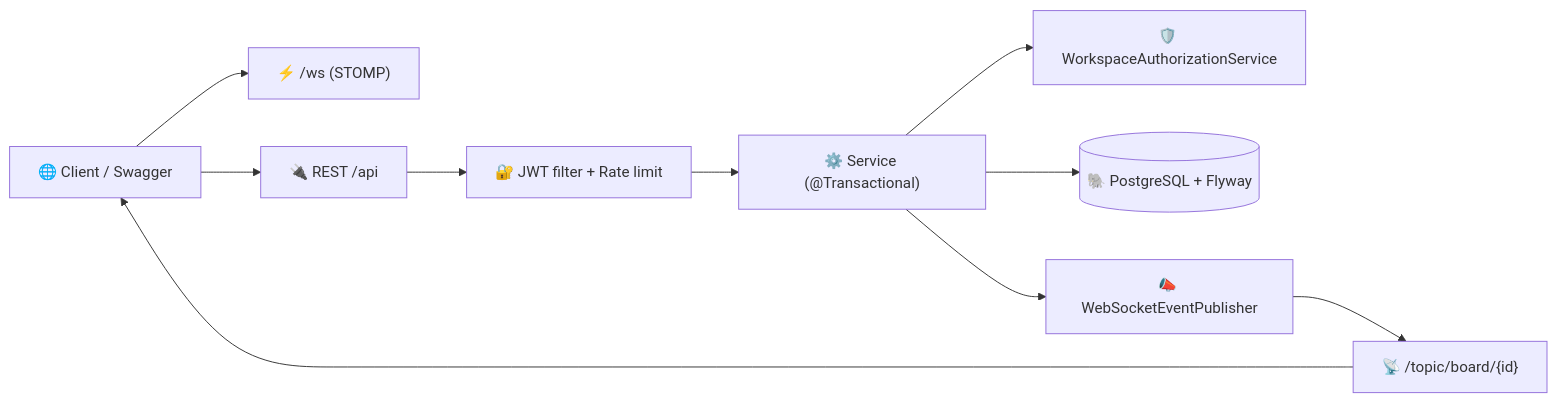
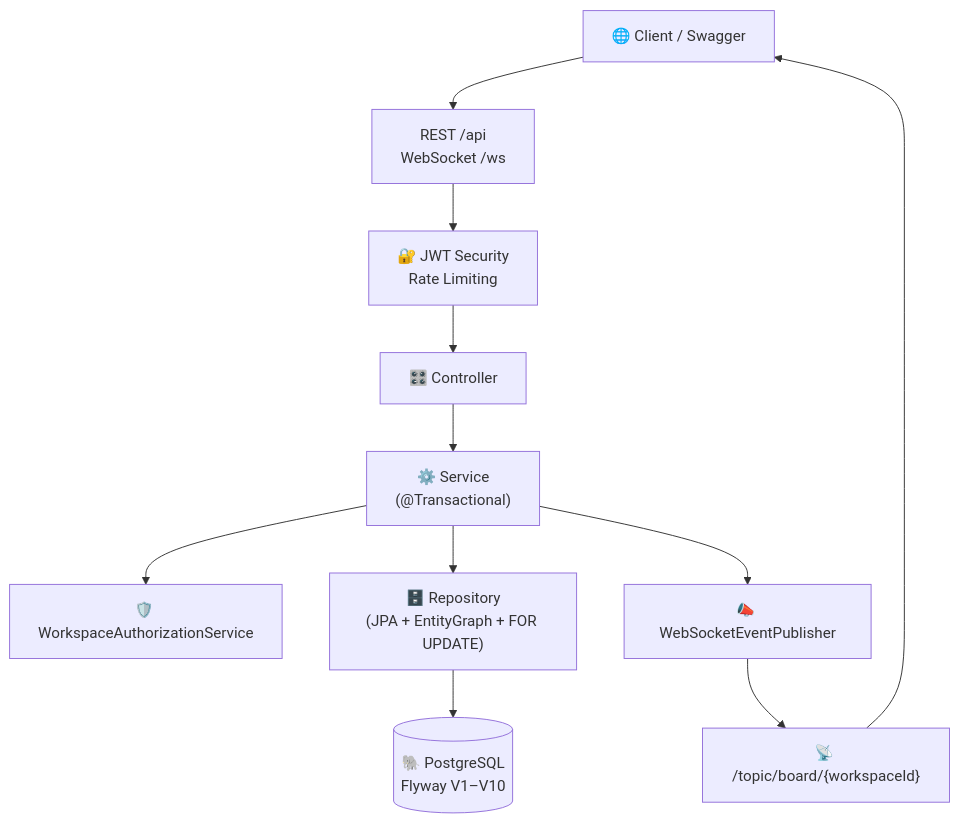
Before and after one commit to otabek-4662/task_centr_backend: the diagram in README.md, drawn with Mermaid. The commit also changed other lines of this file, not shown here.

````diff
--- a/README.md
+++ b/README.md
@@ -74,12 +56,24 @@
 ```mermaid
-flowchart LR
-    Client["🌐 Client / Swagger"] --> WS["⚡ /ws (STOMP)"]
-    Client --> API["🔌 REST /api"]
-    API --> SEC["🔐 JWT filter + Rate limit"]
-    SEC --> SVC["⚙️ Service (@Transactional)"]
-    SVC --> AUTHZ["🛡️ WorkspaceAuthorizationService"]
-    SVC --> DB[("🐘 PostgreSQL + Flyway")]
-    SVC --> PUB["📣 WebSocketEventPublisher"]
-    PUB --> TOPIC["📡 /topic/board/{id}"]
+flowchart TB
+    Client["🌐 Client / Swagger"]
+    GW["REST /api<br/>WebSocket /ws"]
+    SEC["🔐 JWT Security<br/>Rate Limiting"]
+    CTRL["🎛️ Controller"]
+    SVC["⚙️ Service<br/>(@Transactional)"]
+    AUTHZ["🛡️ WorkspaceAuthorizationService"]
+    REPO["🗄️ Repository<br/>(JPA + EntityGraph + FOR UPDATE)"]
+    DB[("🐘 PostgreSQL<br/>Flyway V1–V10")]
+    PUB["📣 WebSocketEventPublisher"]
+    TOPIC["📡 /topic/board/{workspaceId}"]
+
+    Client --> GW
+    GW --> SEC
+    SEC --> CTRL
+    CTRL --> SVC
+    SVC --> AUTHZ
+    SVC --> REPO
+    REPO --> DB
+    SVC --> PUB
+    PUB --> TOPIC
     TOPIC --> Client
 ```
````
